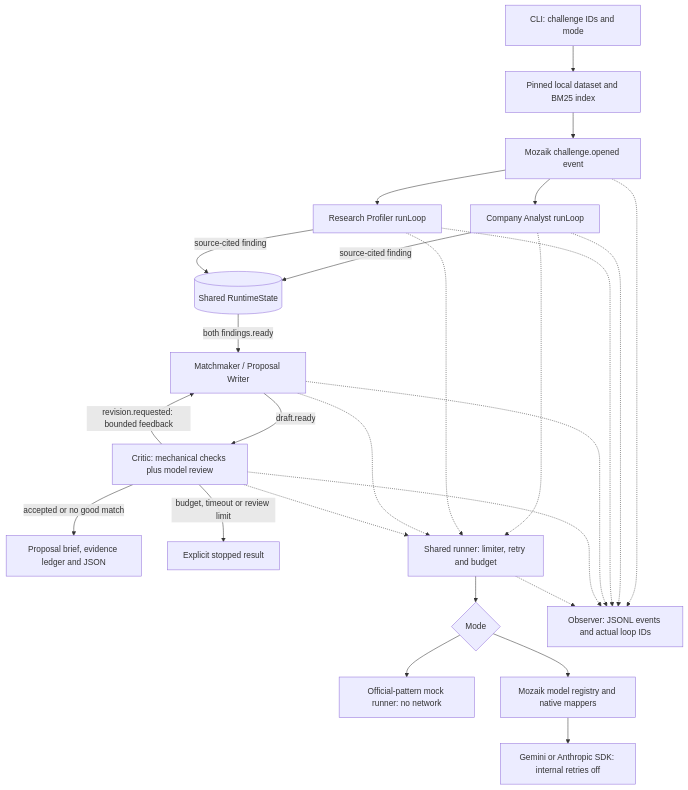
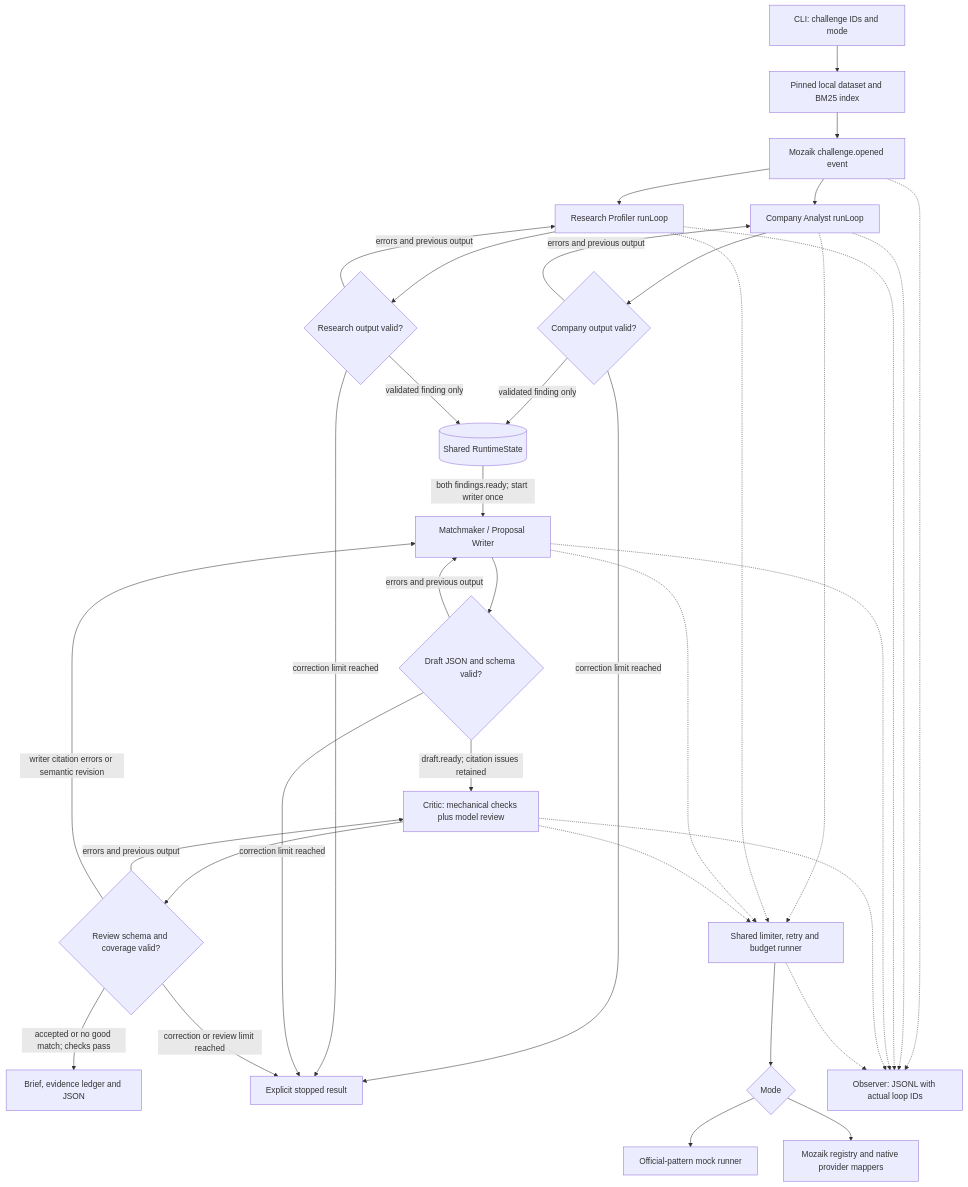
The diagram in docs/architecture.mmd (Driedsandwich/evidence-to-pilot), drawn with Mermaid before and after one commit. The commit also changed 56 other files, not shown here.

Commit message:
M2: field-path citations, bounded send-back on validation failures, replay tests; record live runs 2-4

```diff
--- a/docs/architecture.mmd
+++ b/docs/architecture.mmd
@@ -1,26 +1,36 @@
 flowchart TD
     CLI[CLI: challenge IDs and mode] --> DATA[Pinned local dataset and BM25 index]
     DATA --> OPEN[Mozaik challenge.opened event]
     OPEN --> A[Company Analyst runLoop]
     OPEN --> B[Research Profiler runLoop]
-    A -->|source-cited finding| STATE[(Shared RuntimeState)]
-    B -->|source-cited finding| STATE
-    STATE -->|both findings.ready| W[Matchmaker / Proposal Writer]
-    W -->|draft.ready| C[Critic: mechanical checks plus model review]
-    C -->|revision.requested: bounded feedback| W
-    C -->|accepted or no good match| OUT[Proposal brief, evidence ledger and JSON]
-    C -->|budget, timeout or review limit| STOP[Explicit stopped result]
-    A -.-> R[Shared runner: limiter, retry and budget]
+    A --> AV{Company output valid?}
+    AV -->|errors and previous output| A
+    B --> BV{Research output valid?}
+    BV -->|errors and previous output| B
+    AV -->|validated finding only| STATE[(Shared RuntimeState)]
+    BV -->|validated finding only| STATE
+    STATE -->|both findings.ready; start writer once| W[Matchmaker / Proposal Writer]
+    W --> WV{Draft JSON and schema valid?}
+    WV -->|errors and previous output| W
+    WV -->|draft.ready; citation issues retained| C[Critic: mechanical checks plus model review]
+    C --> CV{Review schema and coverage valid?}
+    CV -->|errors and previous output| C
+    CV -->|writer citation errors or semantic revision| W
+    CV -->|accepted or no good match; checks pass| OUT[Brief, evidence ledger and JSON]
+    AV -->|correction limit reached| STOP[Explicit stopped result]
+    BV -->|correction limit reached| STOP
+    WV -->|correction limit reached| STOP
+    CV -->|correction or review limit reached| STOP
+    A -.-> R[Shared limiter, retry and budget runner]
     B -.-> R
     W -.-> R
     C -.-> R
     R --> MODE{Mode}
-    MODE --> MOCK[Official-pattern mock runner: no network]
-    MODE --> LIVE[Mozaik model registry and native mappers]
-    LIVE --> PROVIDER[Gemini or Anthropic SDK: internal retries off]
-    OPEN -.-> TRACE[Observer: JSONL events and actual loop IDs]
+    MODE --> MOCK[Official-pattern mock runner]
+    MODE --> LIVE[Mozaik registry and native provider mappers]
+    OPEN -.-> TRACE[Observer: JSONL with actual loop IDs]
     A -.-> TRACE
     B -.-> TRACE
     W -.-> TRACE
     C -.-> TRACE
     R -.-> TRACE
```
